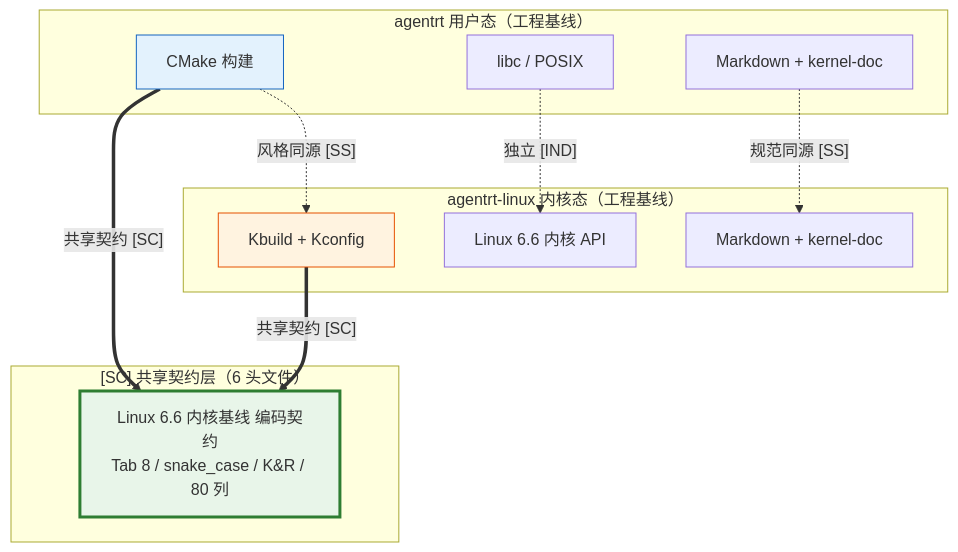
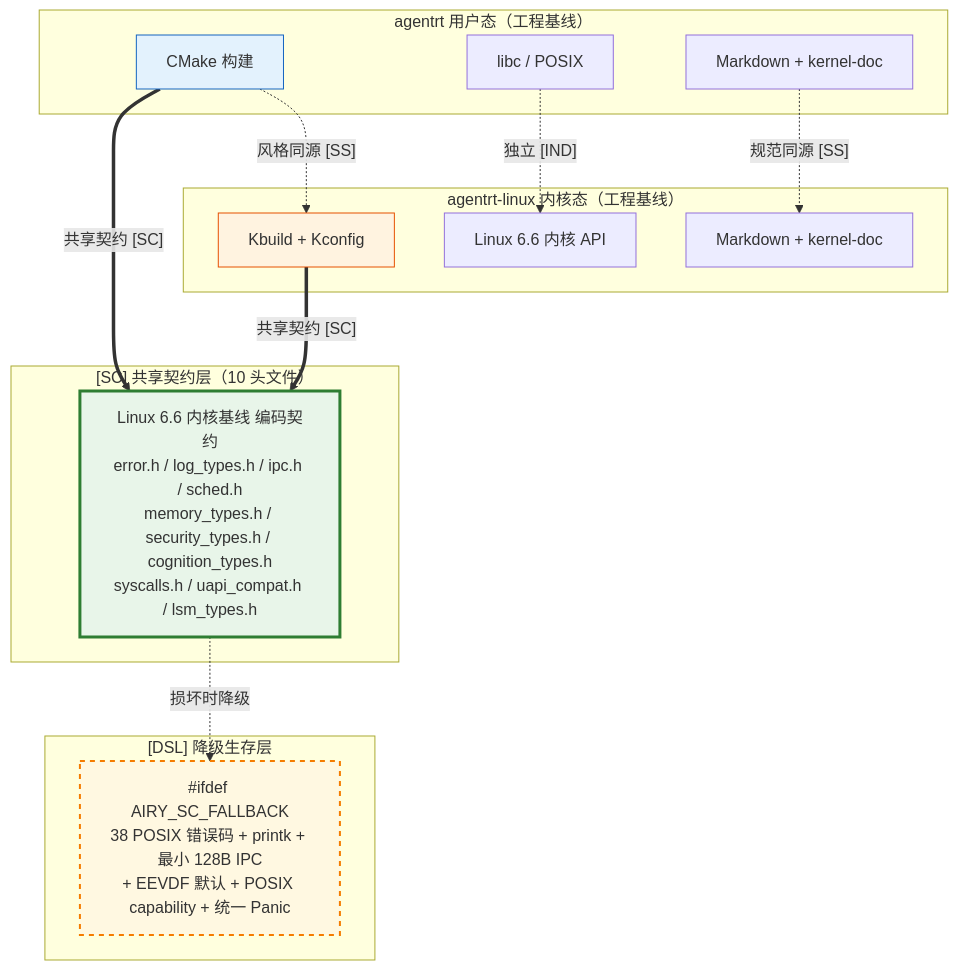
The diagram in AirymaxOS/10-architecture/04-engineering-baseline.md (openairymax/docs), drawn with Mermaid before and after one commit. The commit also changed other lines of this file and 71 other files, not shown here.

````diff
--- a/AirymaxOS/10-architecture/04-engineering-baseline.md
+++ b/AirymaxOS/10-architecture/04-engineering-baseline.md
@@ -629,29 +634,36 @@
 ```mermaid
 graph TB
     subgraph "agentrt 用户态（工程基线）"
         RT_CMAKE[CMake 构建]
         RT_LIBC[libc / POSIX]
         RT_DOC[Markdown + kernel-doc]
     end
 
     subgraph "agentrt-linux 内核态（工程基线）"
         OS_KBUILD[Kbuild + Kconfig]
         OS_LINUX[Linux 6.6 内核 API]
         OS_DOC[Markdown + kernel-doc]
     end
 
-    subgraph "[SC] 共享契约层（6 头文件）"
-        SC[Linux 6.6 内核基线 编码契约<br/>Tab 8 / snake_case / K&R / 80 列]
+    subgraph "[SC] 共享契约层（10 头文件）"
+        SC[Linux 6.6 内核基线 编码契约<br/>error.h / log_types.h / ipc.h / sched.h<br/>memory_types.h / security_types.h / cognition_types.h<br/>syscalls.h / uapi_compat.h / lsm_types.h]
+    end
+
+    subgraph "[DSL] 降级生存层"
+        DSL["#ifdef AIRY_SC_FALLBACK<br/>38 POSIX 错误码 + printk + 最小 128B IPC<br/>+ EEVDF 默认 + POSIX capability + 统一 Panic"]
     end
 
     RT_CMAKE -.->|"风格同源 [SS]"| OS_KBUILD
     RT_LIBC -.->|"独立 [IND]"| OS_LINUX
     RT_DOC -.->|"规范同源 [SS]"| OS_DOC
 
     RT_CMAKE ==>|"共享契约 [SC]"| SC
     OS_KBUILD ==>|"共享契约 [SC]"| SC
 
+    SC -.->|"损坏时降级"| DSL
+
     style SC fill:#e8f5e9,stroke:#2e7d32,stroke-width:3px
+    style DSL fill:#fff8e1,stroke:#f57c00,stroke-width:2px,stroke-dasharray: 5 5
     style RT_CMAKE fill:#e3f2fd,stroke:#1565c0
     style OS_KBUILD fill:#fff3e0,stroke:#e65100
 ```
````
